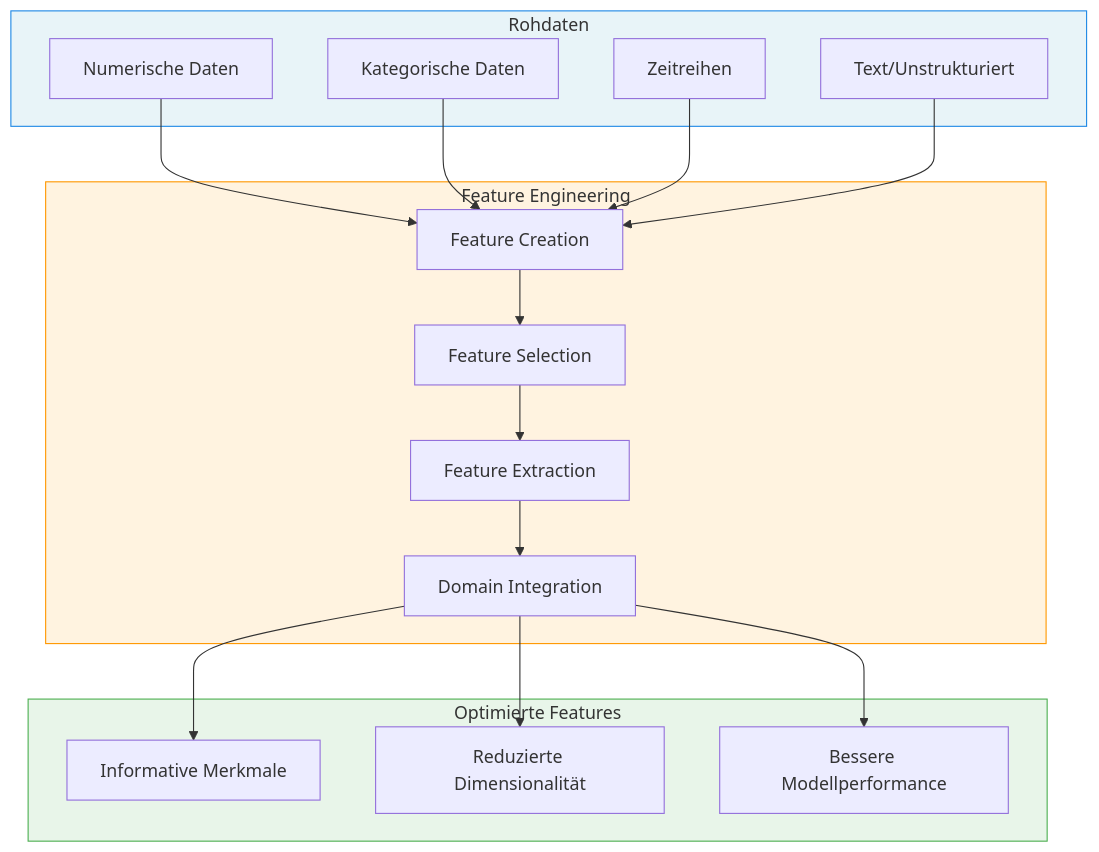
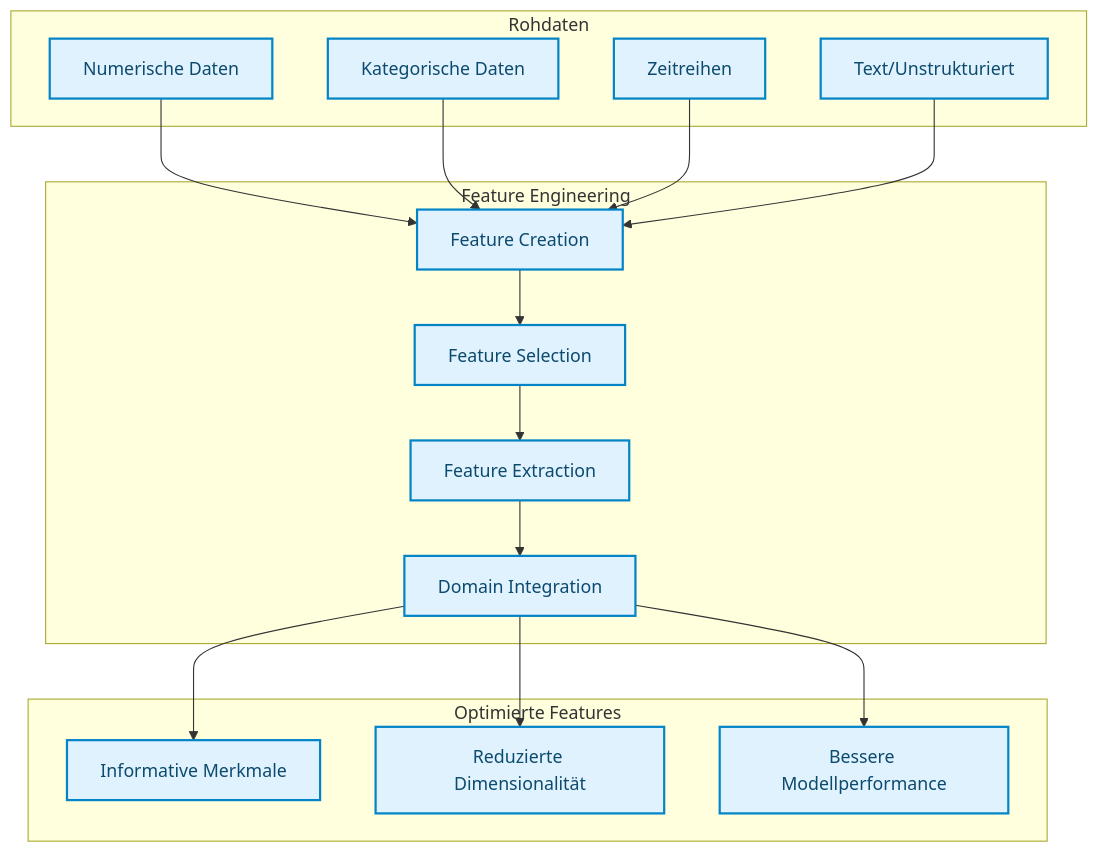
One commit to ralf-42/ML_Intro changed the first of 4 diagrams in docs/concepts/prepare/feature-engineering.md. Above: the diagram before and after it, drawn with Mermaid. The commit also changed other lines of this file and 67 other files, not shown here.

````diff
--- a/docs/concepts/prepare/feature-engineering.md
+++ b/docs/concepts/prepare/feature-engineering.md
@@ -31,39 +31,37 @@
 ```mermaid
 flowchart TB
     subgraph Input["Rohdaten"]
         A[Numerische Daten]
         B[Kategorische Daten]
         C[Zeitreihen]
         D[Text/Unstrukturiert]
     end
     
     subgraph FE["Feature Engineering"]
         E[Feature Creation]
         F[Feature Selection]
         G[Feature Extraction]
         H[Domain Integration]
     end
     
     subgraph Output["Optimierte Features"]
         I[Informative Merkmale]
         J[Reduzierte Dimensionalität]
         K[Bessere Modellperformance]
     end
     
     A --> E
     B --> E
     C --> E
     D --> E
     
     E --> F
     F --> G
     G --> H
     
     H --> I
     H --> J
     H --> K
-    
-    style Input fill:#e8f4f8,stroke:#1e88e5
-    style FE fill:#fff3e0,stroke:#ff9800
-    style Output fill:#e8f5e9,stroke:#4caf50
+
+    classDef default fill:#e0f2fe,stroke:#0284c7,stroke-width:2px,color:#0c4a6e;
 ```
````
